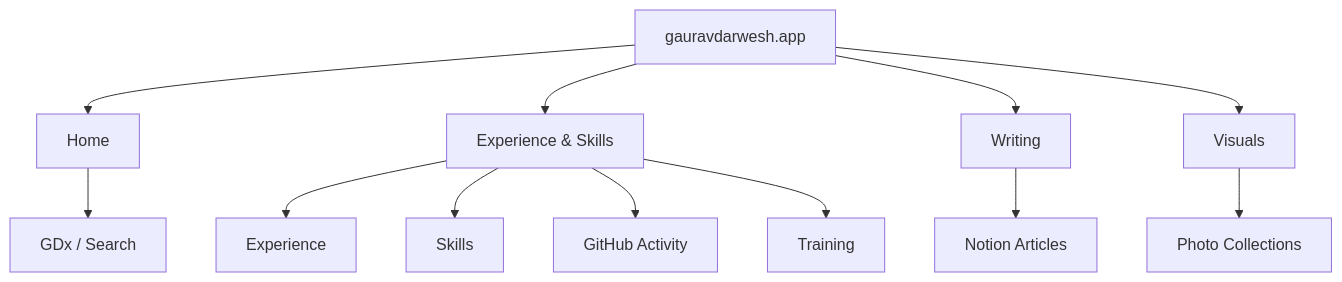
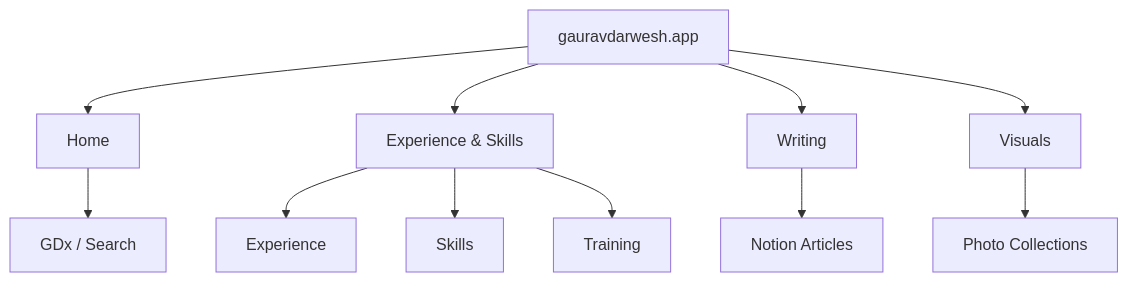
Before and after one commit to GauravDarwesh/gauravdarwesh.app: the second of 2 diagrams in README.md, drawn with Mermaid. The commit also changed other lines of this file, not shown here.

Commit message:
docs: remove activity references and add copyright

````diff
--- a/README.md
+++ b/README.md
@@ -91,20 +90,19 @@
 ```mermaid
 graph TD
     A["gauravdarwesh.app"] --> B["Home"]
     A --> C["Experience & Skills"]
     A --> D["Writing"]
     A --> E["Visuals"]
 
     B --> B1["GDx / Search"]
     C --> C1["Experience"]
     C --> C2["Skills"]
-    C --> C3["GitHub Activity"]
-    C --> C4["Training"]
+    C --> C3["Training"]
     D --> D1["Notion Articles"]
     E --> E1["Photo Collections"]
 
     click B "https://gauravdarwesh.app/"
     click C "https://gauravdarwesh.app/hobbies"
     click D "https://gauravdarwesh.app/blog"
     click E "https://gauravdarwesh.app/visuals"
 ```
````
